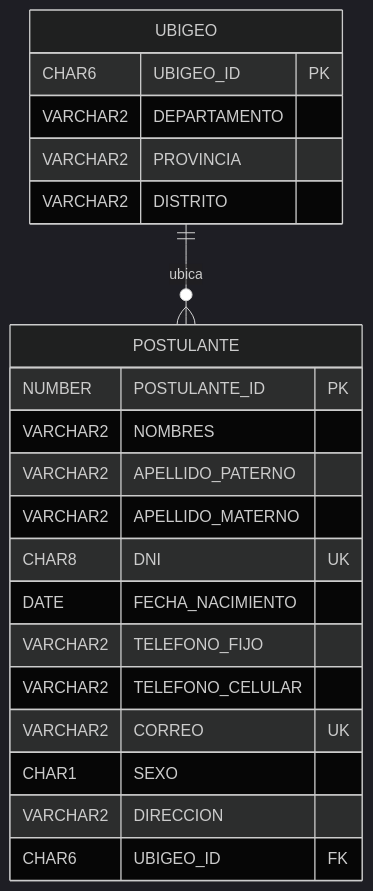
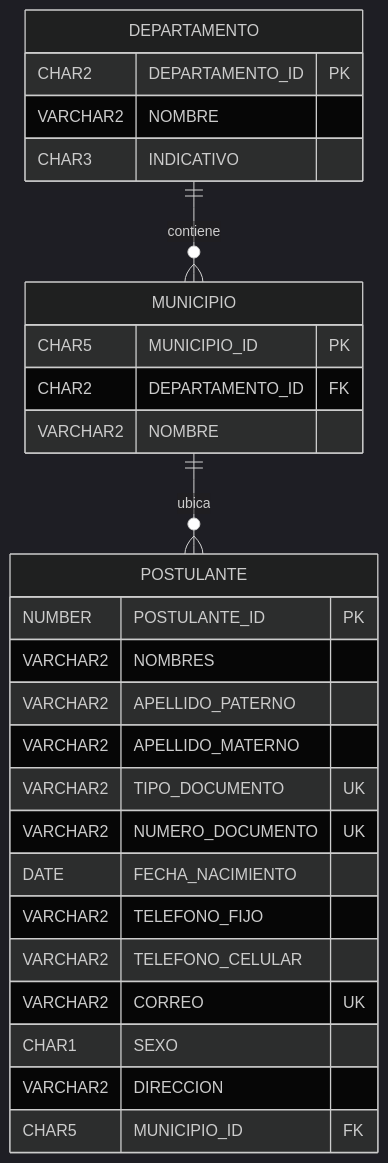
Before and after one commit to JairoCastanedaP/candidate-management-desktop: the diagram in README.md, drawn with Mermaid (dark theme). The commit also changed other lines of this file and 14 other files, not shown here.

````diff
--- a/README.md
+++ b/README.md
@@ -36,24 +38,30 @@
 ```mermaid
 erDiagram
-    UBIGEO ||--o{ POSTULANTE : "ubica"
-    UBIGEO {
-        CHAR6 UBIGEO_ID PK
-        VARCHAR2 DEPARTAMENTO
-        VARCHAR2 PROVINCIA
-        VARCHAR2 DISTRITO
+    DEPARTAMENTO ||--o{ MUNICIPIO : "contiene"
+    MUNICIPIO ||--o{ POSTULANTE : "ubica"
+    DEPARTAMENTO {
+        CHAR2 DEPARTAMENTO_ID PK
+        VARCHAR2 NOMBRE
+        CHAR3 INDICATIVO
+    }
+    MUNICIPIO {
+        CHAR5 MUNICIPIO_ID PK
+        CHAR2 DEPARTAMENTO_ID FK
+        VARCHAR2 NOMBRE
     }
     POSTULANTE {
         NUMBER POSTULANTE_ID PK
         VARCHAR2 NOMBRES
         VARCHAR2 APELLIDO_PATERNO
         VARCHAR2 APELLIDO_MATERNO
-        CHAR8 DNI UK
+        VARCHAR2 TIPO_DOCUMENTO UK
+        VARCHAR2 NUMERO_DOCUMENTO UK
         DATE FECHA_NACIMIENTO
         VARCHAR2 TELEFONO_FIJO
         VARCHAR2 TELEFONO_CELULAR
         VARCHAR2 CORREO UK
         CHAR1 SEXO
         VARCHAR2 DIRECCION
-        CHAR6 UBIGEO_ID FK
+        CHAR5 MUNICIPIO_ID FK
     }
 ```
````
